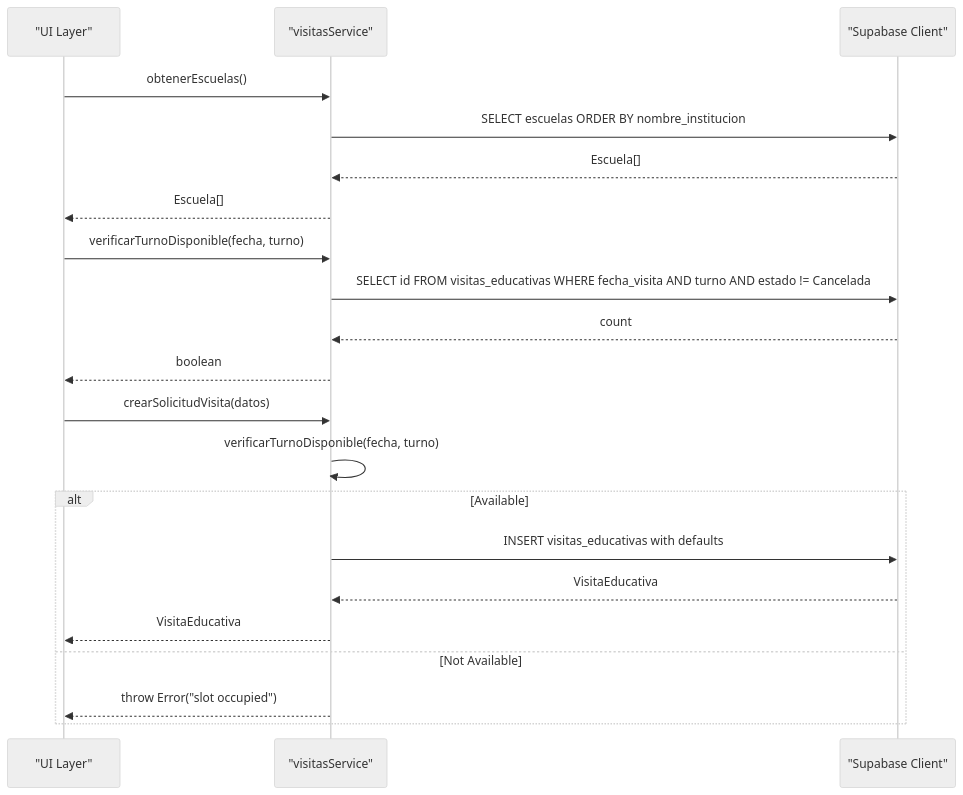
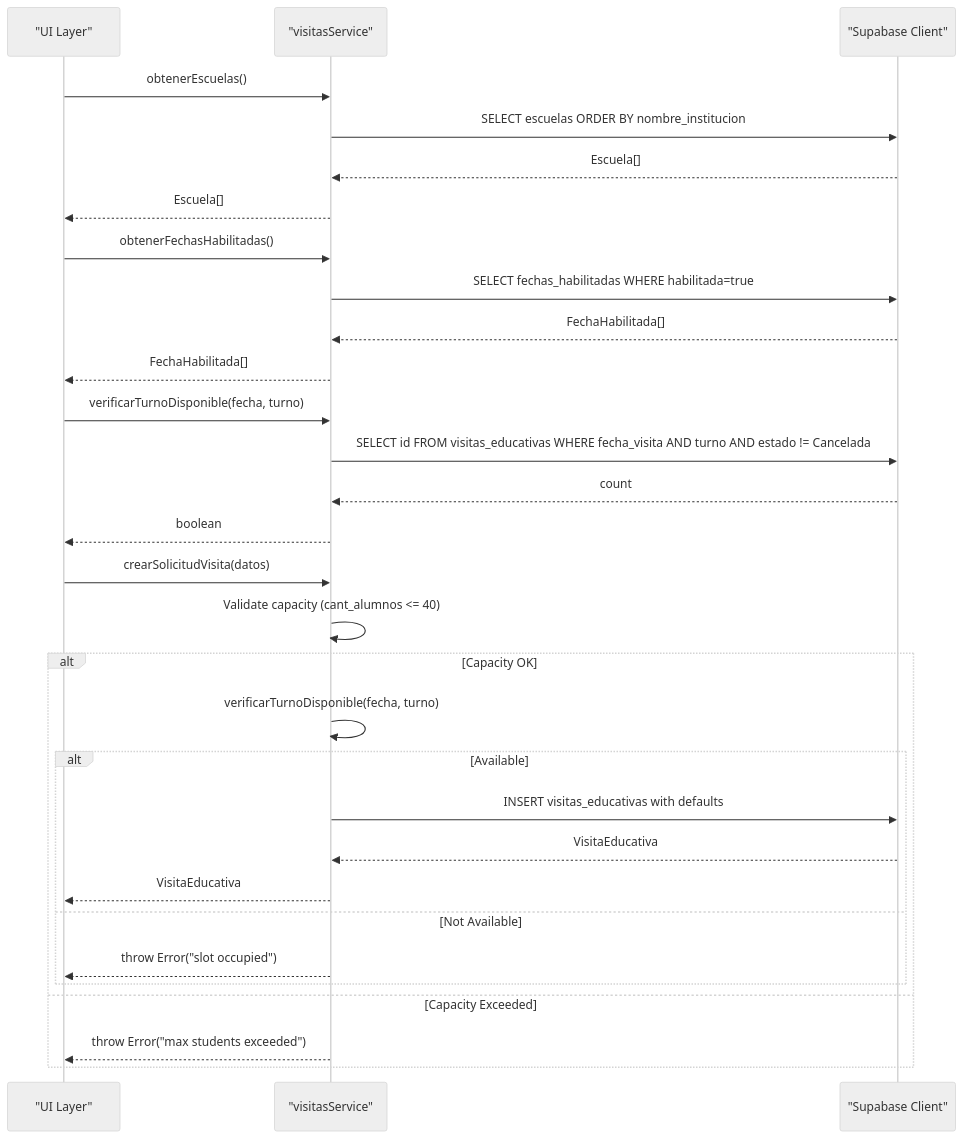
Before and after one commit to AgusCatra/simu-twin-web: the second of 4 diagrams in .qoder/repowiki/en/content/Core Services & Business Logic/Core Services & Business Logic.md, drawn with Mermaid (neutral theme). The commit also changed other lines of this file and 4 other files, not shown here.

First line of the commit message:
feat(visitas): mejorar tipos y lógica de negocio con gestión de asistentes y fechas habilitadas

````diff
--- a/.qoder/repowiki/en/content/Core Services & Business Logic/Core Services & Business Logic.md
+++ b/.qoder/repowiki/en/content/Core Services & Business Logic/Core Services & Business Logic.md
@@ -84,23 +105,32 @@
 ```mermaid
 sequenceDiagram
 participant UI as "UI Layer"
 participant SVC as "visitasService"
 participant DB as "Supabase Client"
 UI->>SVC : obtenerEscuelas()
 SVC->>DB : SELECT escuelas ORDER BY nombre_institucion
 DB-->>SVC : Escuela[]
 SVC-->>UI : Escuela[]
+UI->>SVC : obtenerFechasHabilitadas()
+SVC->>DB : SELECT fechas_habilitadas WHERE habilitada=true
+DB-->>SVC : FechaHabilitada[]
+SVC-->>UI : FechaHabilitada[]
 UI->>SVC : verificarTurnoDisponible(fecha, turno)
 SVC->>DB : SELECT id FROM visitas_educativas WHERE fecha_visita AND turno AND estado != Cancelada
 DB-->>SVC : count
 SVC-->>UI : boolean
 UI->>SVC : crearSolicitudVisita(datos)
+SVC->>SVC : Validate capacity (cant_alumnos <= 40)
+alt Capacity OK
 SVC->>SVC : verificarTurnoDisponible(fecha, turno)
 alt Available
 SVC->>DB : INSERT visitas_educativas with defaults
 DB-->>SVC : VisitaEducativa
 SVC-->>UI : VisitaEducativa
 else Not Available
 SVC-->>UI : throw Error("slot occupied")
 end
+else Capacity Exceeded
+SVC-->>UI : throw Error("max students exceeded")
+end
 ```
````
